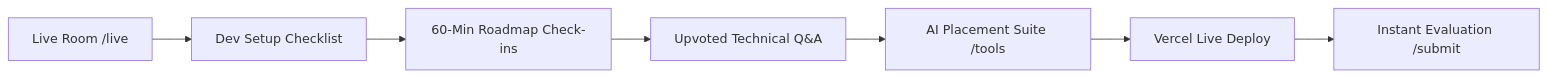
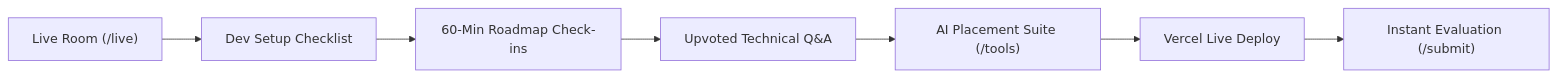
One commit to AyushDeshmukh18/WorkshopX changed the third of 5 diagrams in Main.md. Above: the diagram before and after it, drawn with Mermaid. The commit also changed other lines of this file and 13 other files, not shown here.

````diff
--- a/Main.md
+++ b/Main.md
@@ -110,9 +110,9 @@
 ```mermaid
 flowchart LR
-    A[Live Room /live] --> B[Dev Setup Checklist]
-    B --> C[60-Min Roadmap Check-ins]
-    C --> D[Upvoted Technical Q&A]
-    D --> E[AI Placement Suite /tools]
-    E --> F[Vercel Live Deploy]
-    F --> G[Instant Evaluation /submit]
+    A["Live Room (/live)"] --> B["Dev Setup Checklist"]
+    B --> C["60-Min Roadmap Check-ins"]
+    C --> D["Upvoted Technical Q&A"]
+    D --> E["AI Placement Suite (/tools)"]
+    E --> F["Vercel Live Deploy"]
+    F --> G["Instant Evaluation (/submit)"]
 ```
````
